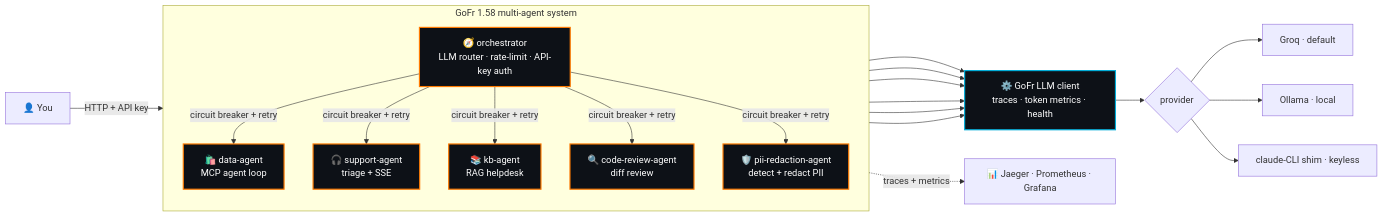
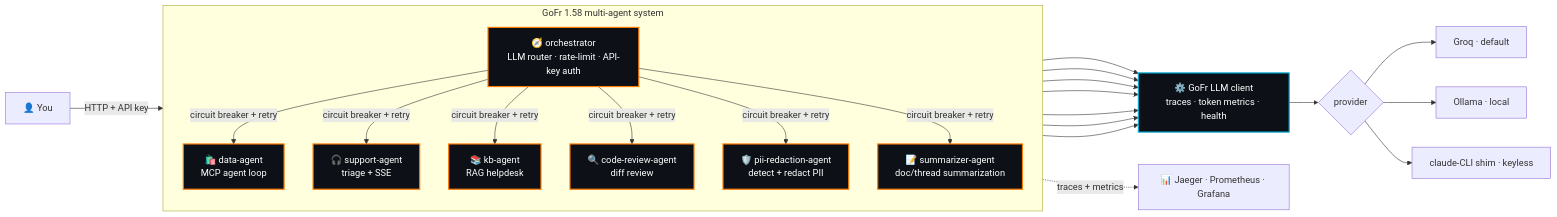
One commit to aryanmehrotra/agents changed the diagram in README.md. Above: the diagram before and after it, drawn with Mermaid. The commit also changed other lines of this file and 8 other files, not shown here.

First line of the commit message:
feat(agent): add summarizer-agent

````diff
--- a/README.md
+++ b/README.md
@@ -26,32 +26,34 @@
 ```mermaid
 flowchart LR
     You["👤 You"] -->|"HTTP + API key"| ORCH
 
     subgraph System["GoFr 1.58 multi-agent system"]
         direction TB
         ORCH["🧭 orchestrator<br/>LLM router · rate-limit · API-key auth"]
         ORCH -->|"circuit breaker + retry"| D["🛍️ data-agent<br/>MCP agent loop"]
         ORCH -->|"circuit breaker + retry"| S["🎧 support-agent<br/>triage + SSE"]
         ORCH -->|"circuit breaker + retry"| K["📚 kb-agent<br/>RAG helpdesk"]
         ORCH -->|"circuit breaker + retry"| R["🔍 code-review-agent<br/>diff review"]
         ORCH -->|"circuit breaker + retry"| P["🛡️ pii-redaction-agent<br/>detect + redact PII"]
+        ORCH -->|"circuit breaker + retry"| U["📝 summarizer-agent<br/>doc/thread summarization"]
     end
 
     D --> LLM["⚙️ GoFr LLM client<br/>traces · token metrics · health"]
     S --> LLM
     K --> LLM
     R --> LLM
     P --> LLM
+    U --> LLM
     ORCH --> LLM
     LLM --> Provider{"provider"}
     Provider --> Groq["Groq · default"]
     Provider --> Ollama["Ollama · local"]
     Provider --> Shim["claude-CLI shim · keyless"]
 
     System -.->|"traces + metrics"| OBS["📊 Jaeger · Prometheus · Grafana"]
 
     classDef agent fill:#0d1117,stroke:#FF7A00,stroke-width:2px,color:#ffffff;
     classDef core fill:#0d1117,stroke:#00ADD8,stroke-width:2px,color:#ffffff;
-    class ORCH,D,S,K,R,P agent;
+    class ORCH,D,S,K,R,P,U agent;
     class LLM core;
 ```
````
